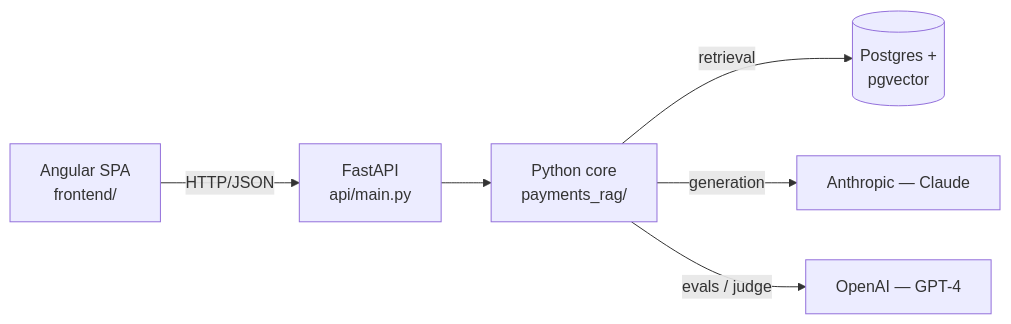
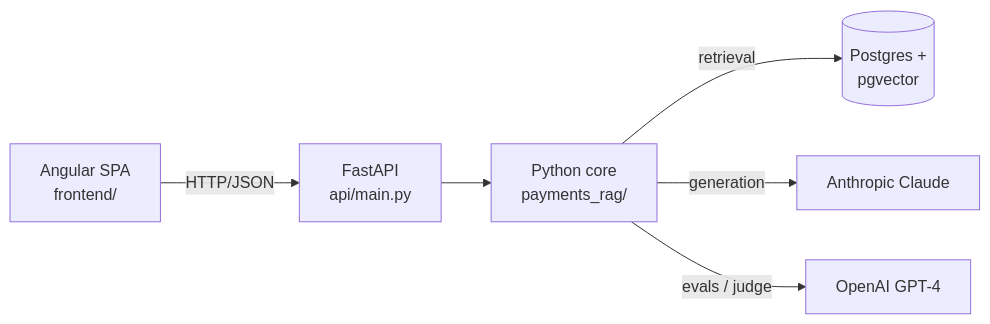
Before and after one commit to KucherenkoSerhiy/payments-rag: the first of 4 diagrams in docs/architecture.md, drawn with Mermaid. The commit also changed other lines of this file and 25 other files, not shown here.

````diff
--- a/docs/architecture.md
+++ b/docs/architecture.md
@@ -8,8 +8,8 @@
 ```mermaid
 flowchart LR
     UI["Angular SPA<br/>frontend/"] -->|HTTP/JSON| API["FastAPI<br/>api/main.py"]
     API --> Core["Python core<br/>payments_rag/"]
     Core -->|retrieval| DB[("Postgres +<br/>pgvector")]
-    Core -->|generation| LLM["Anthropic — Claude"]
-    Core -->|evals / judge| J["OpenAI — GPT-4"]
+    Core -->|generation| LLM["Anthropic Claude"]
+    Core -->|evals / judge| J["OpenAI GPT-4"]
 ```
````
